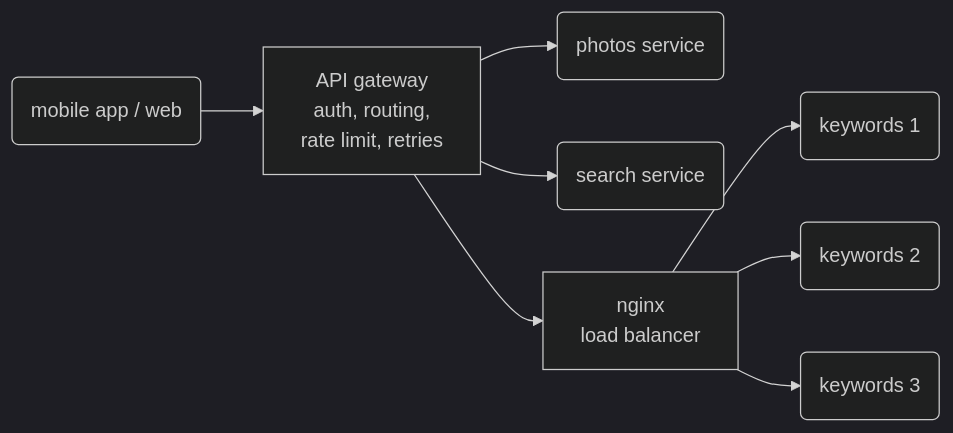
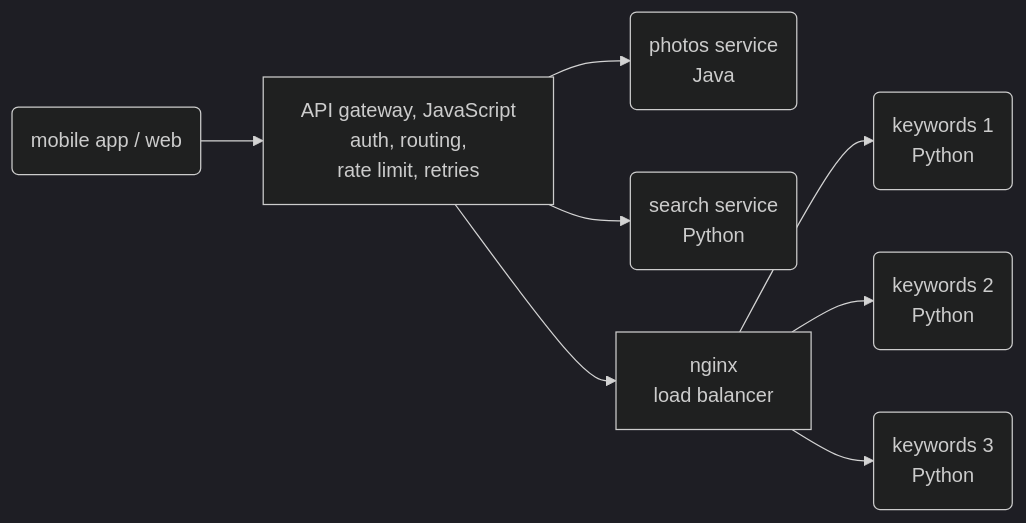
Before and after one commit to mlip-cmu/scaling: the diagram in 04-microservices/README.md, drawn with Mermaid (dark theme). The commit also changed other lines of this file and 21 other files, not shown here.

First line of the commit message:
04-microservices: one container per service, in Python, JavaScript, and Java

````diff
--- a/04-microservices/README.md
+++ b/04-microservices/README.md
@@ -18,8 +21,8 @@
 ```mermaid
 flowchart LR
-  app(mobile app / web) --> gw[API gateway<br/>auth, routing,<br/>rate limit, retries]
-  gw --> photos(photos service)
-  gw --> search(search service)
+  app(mobile app / web) --> gw[API gateway, JavaScript<br/>auth, routing,<br/>rate limit, retries]
+  gw --> photos(photos service<br/>Java)
+  gw --> search(search service<br/>Python)
   gw --> lb[nginx<br/>load balancer]
-  lb --> k1(keywords 1) & k2(keywords 2) & k3(keywords 3)
+  lb --> k1(keywords 1<br/>Python) & k2(keywords 2<br/>Python) & k3(keywords 3<br/>Python)
 ```
````
